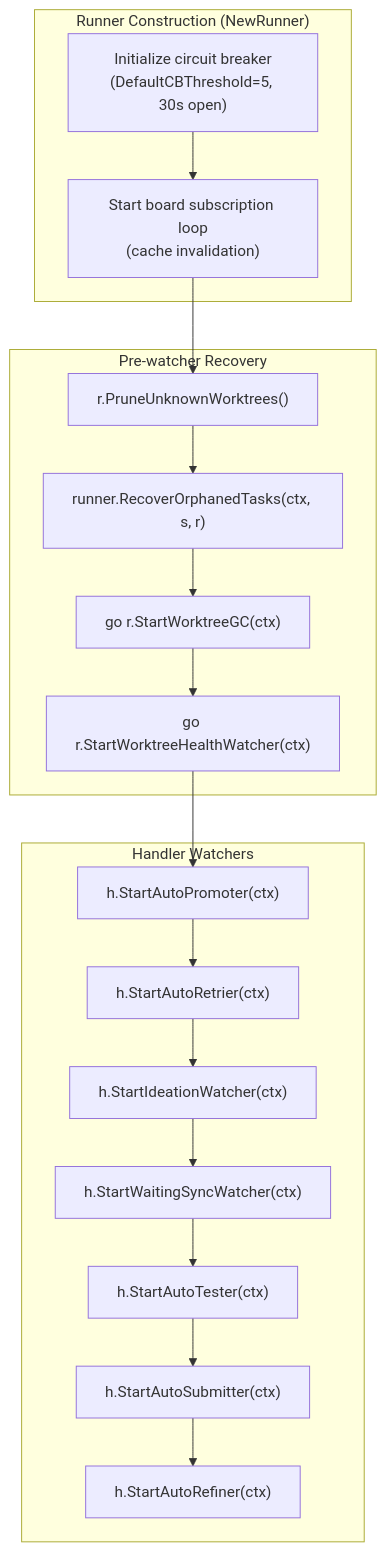
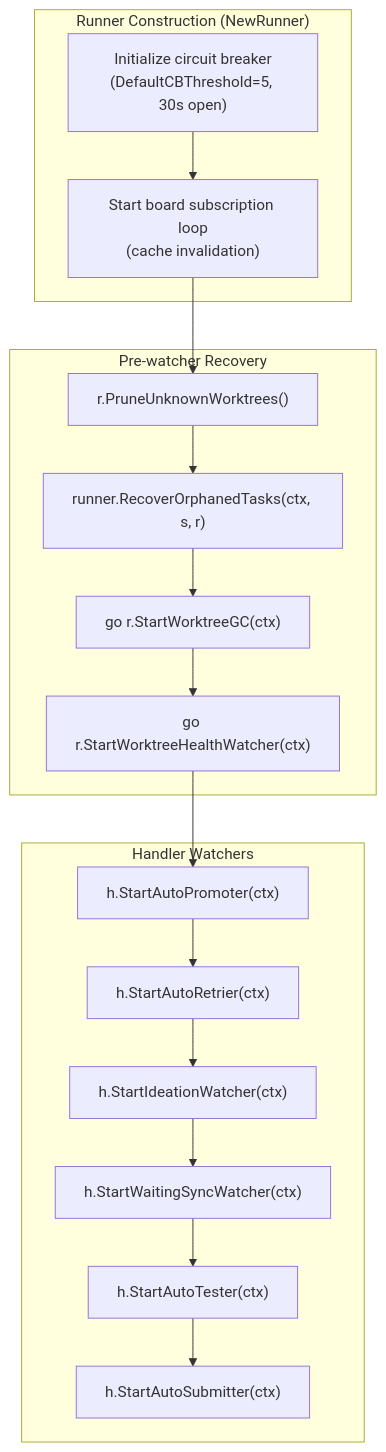
The first of 6 diagrams in docs/internals/automation.md (changkun/wallfacer), drawn with Mermaid before and after one commit. The commit also changed other lines of this file and 14 other files, not shown here.

````diff
--- a/docs/internals/automation.md
+++ b/docs/internals/automation.md
@@ -31,27 +31,26 @@
 ```mermaid
 flowchart TD
     subgraph "Runner Construction (NewRunner)"
         A1["Initialize circuit breaker<br/>(DefaultCBThreshold=5, 30s open)"]
         A2["Start board subscription loop<br/>(cache invalidation)"]
     end
 
     subgraph "Pre-watcher Recovery"
         B1["r.PruneUnknownWorktrees()"]
         B2["runner.RecoverOrphanedTasks(ctx, s, r)"]
         B3["go r.StartWorktreeGC(ctx)"]
         B4["go r.StartWorktreeHealthWatcher(ctx)"]
     end
 
     subgraph "Handler Watchers"
         C1["h.StartAutoPromoter(ctx)"]
         C2["h.StartAutoRetrier(ctx)"]
         C3["h.StartIdeationWatcher(ctx)"]
         C4["h.StartWaitingSyncWatcher(ctx)"]
         C5["h.StartAutoTester(ctx)"]
         C6["h.StartAutoSubmitter(ctx)"]
-        C7["h.StartAutoRefiner(ctx)"]
     end
 
     A1 --> A2 --> B1 --> B2 --> B3 --> B4
-    B4 --> C1 --> C2 --> C3 --> C4 --> C5 --> C6 --> C7
+    B4 --> C1 --> C2 --> C3 --> C4 --> C5 --> C6
 ```
````
